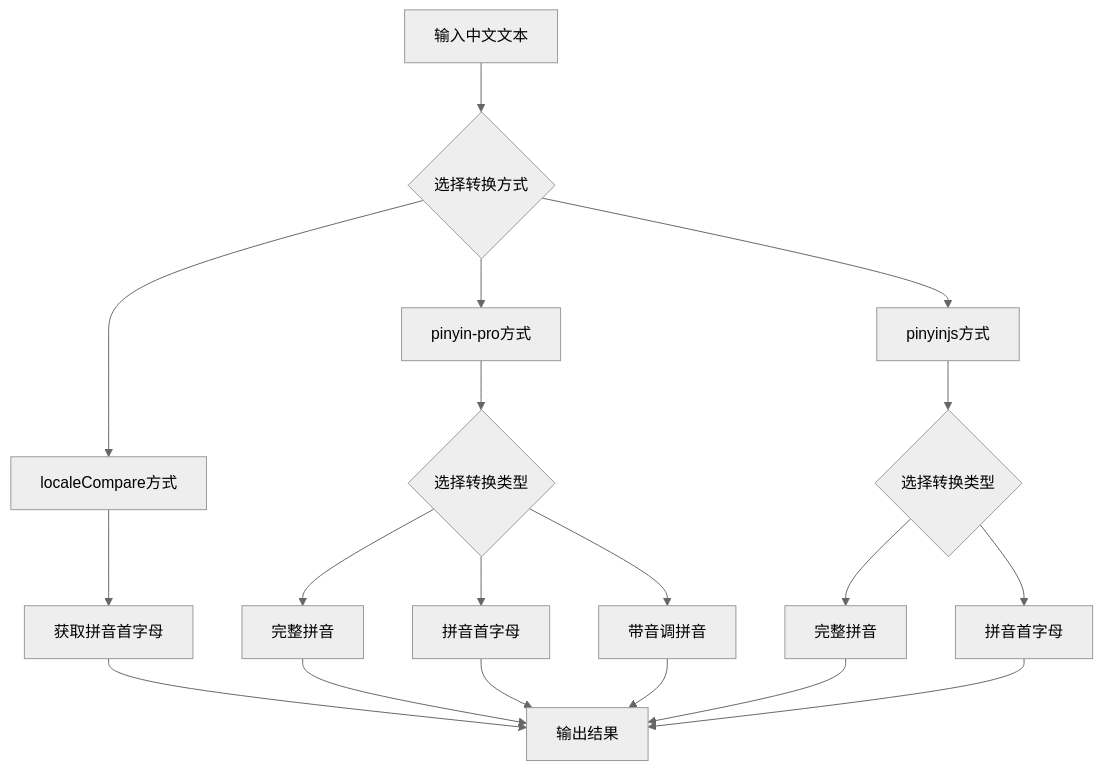
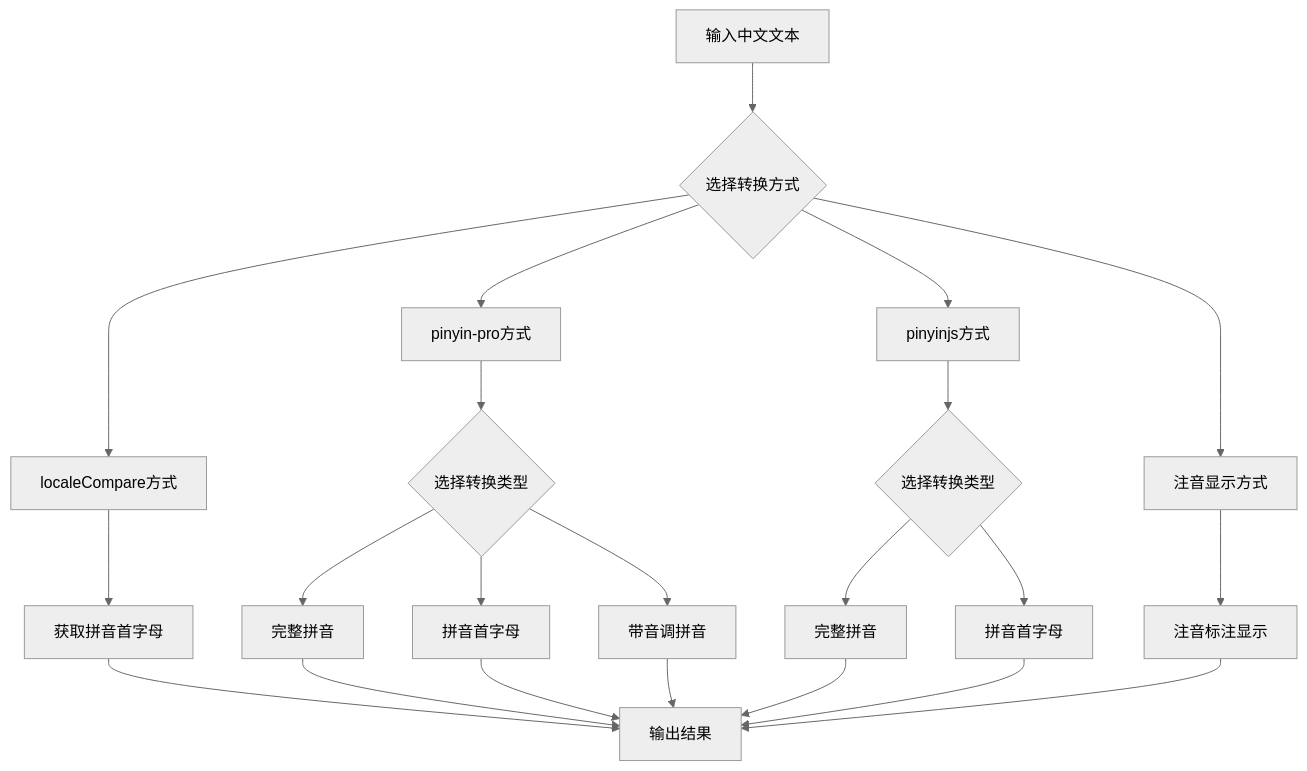
One commit to he5050/book changed the diagram in 01.笔记/01.示例/31.拼音转换组件.md. Above: the diagram before and after it, drawn with Mermaid (neutral theme). The commit also changed other lines of this file and 3 other files, not shown here.

````diff
--- a/01.笔记/01.示例/31.拼音转换组件.md
+++ b/01.笔记/01.示例/31.拼音转换组件.md
@@ -162,21 +188,24 @@
 ```mermaid
 graph TD
     A[输入中文文本] --> B{选择转换方式}
     B --> C[localeCompare方式]
     B --> D[pinyin-pro方式]
     B --> E[pinyinjs方式]
-    C --> F[获取拼音首字母]
-    D --> G{选择转换类型}
-    G --> H[完整拼音]
-    G --> I[拼音首字母]
-    G --> J[带音调拼音]
-    E --> K{选择转换类型}
-    K --> L[完整拼音]
-    K --> M[拼音首字母]
-    F --> N[输出结果]
-    H --> N
-    I --> N
-    J --> N
-    L --> N
-    M --> N
+    B --> F[注音显示方式]
+    C --> G[获取拼音首字母]
+    D --> H{选择转换类型}
+    H --> I[完整拼音]
+    H --> J[拼音首字母]
+    H --> K[带音调拼音]
+    E --> L{选择转换类型}
+    L --> M[完整拼音]
+    L --> N[拼音首字母]
+    F --> O[注音标注显示]
+    G --> P[输出结果]
+    I --> P
+    J --> P
+    K --> P
+    M --> P
+    N --> P
+    O --> P
 ```
````
